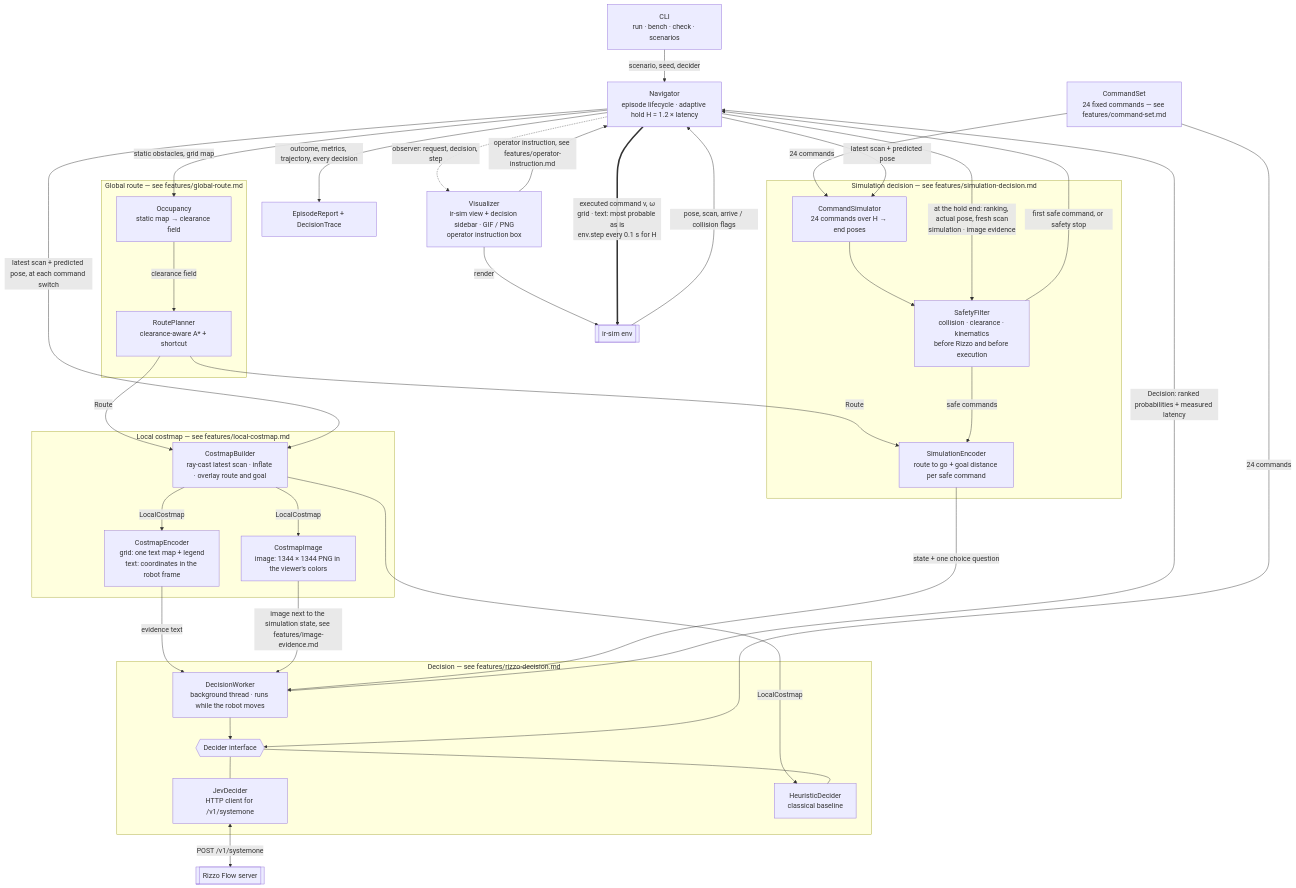
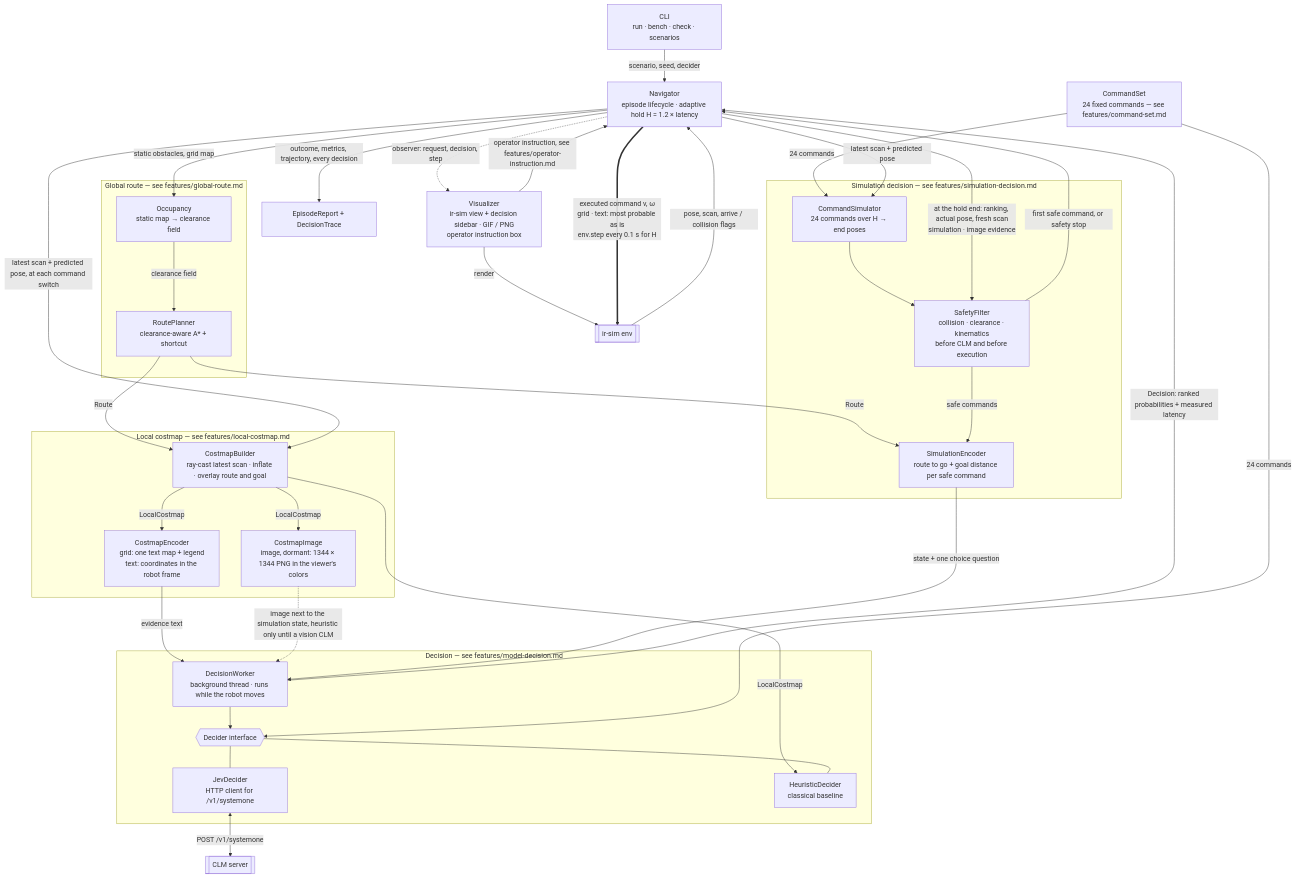
Before and after one commit to RoboticsNetworkTrieste/JevNav: the third of 4 diagrams in .specs/architecture.md, drawn with Mermaid. The commit also changed other lines of this file and 20 other files, not shown here.

Commit message:
change of the model to CLM

````diff
--- a/.specs/architecture.md
+++ b/.specs/architecture.md
@@ -70,67 +78,67 @@
 ```mermaid
 flowchart TB
     cli["CLI<br/>run · bench · check · scenarios"]
     viz["Visualizer<br/>ir-sim view + decision sidebar · GIF / PNG<br/>operator instruction box"]
     nav["Navigator<br/>episode lifecycle · adaptive hold H = 1.2 × latency"]
 
     subgraph route["Global route — see features/global-route.md"]
         occ["Occupancy<br/>static map → clearance field"]
         plan["RoutePlanner<br/>clearance-aware A* + shortcut"]
     end
 
     subgraph local["Local costmap — see features/local-costmap.md"]
         build["CostmapBuilder<br/>ray-cast latest scan · inflate · overlay route and goal"]
         enc["CostmapEncoder<br/>grid: one text map + legend<br/>text: coordinates in the robot frame"]
-        img["CostmapImage<br/>image: 1344 × 1344 PNG in the viewer's colors"]
+        img["CostmapImage<br/>image, dormant: 1344 × 1344 PNG in the viewer's colors"]
     end
 
     subgraph simulation["Simulation decision — see features/simulation-decision.md"]
         sim["CommandSimulator<br/>24 commands over H → end poses"]
-        safe["SafetyFilter<br/>collision · clearance · kinematics<br/>before Rizzo and before execution"]
+        safe["SafetyFilter<br/>collision · clearance · kinematics<br/>before CLM and before execution"]
         senc["SimulationEncoder<br/>route to go + goal distance per safe command"]
     end
 
     cmds["CommandSet<br/>24 fixed commands — see features/command-set.md"]
 
-    subgraph decide["Decision — see features/rizzo-decision.md"]
+    subgraph decide["Decision — see features/model-decision.md"]
         worker["DecisionWorker<br/>background thread · runs while the robot moves"]
         dec{{"Decider interface"}}
         jd["JevDecider<br/>HTTP client for /v1/systemone"]
         hd["HeuristicDecider<br/>classical baseline"]
     end
 
     rep["EpisodeReport + DecisionTrace"]
     irsim[["ir-sim env"]]
-    rizzo[["Rizzo Flow server"]]
+    clm[["CLM server"]]
 
     cli -->|"scenario, seed, decider"| nav
     nav -.->|"observer: request, decision, step"| viz
     viz -->|"operator instruction, see features/operator-instruction.md"| nav
     viz -->|"render"| irsim
     irsim -->|"pose, scan, arrive / collision flags"| nav
     nav -->|"static obstacles, grid map"| occ
     occ -->|"clearance field"| plan
     plan -->|"Route"| build
     nav -->|"latest scan + predicted pose, at each command switch"| build
     build -->|"LocalCostmap"| enc
     enc -->|"evidence text"| worker
     build -->|"LocalCostmap"| img
-    img -->|"image next to the simulation state, see features/image-evidence.md"| worker
+    img -.->|"image next to the simulation state, heuristic only until a vision CLM"| worker
     cmds -->|"24 commands"| sim
     nav -->|"latest scan + predicted pose"| sim
     sim --> safe
     plan -->|"Route"| senc
     safe -->|"safe commands"| senc
     senc -->|"state + one choice question"| worker
     worker --> dec
     build -->|"LocalCostmap"| hd
     cmds -->|"24 commands"| dec
     dec --- jd
     dec --- hd
-    jd <-->|"POST /v1/systemone"| rizzo
+    jd <-->|"POST /v1/systemone"| clm
     worker -->|"Decision: ranked probabilities + measured latency"| nav
     nav -->|"at the hold end: ranking, actual pose, fresh scan<br/>simulation · image evidence"| safe
     safe -->|"first safe command, or safety stop"| nav
     nav ==>|"executed command v, ω<br/>grid · text: most probable as is<br/>env.step every 0.1 s for H"| irsim
     nav -->|"outcome, metrics, trajectory, every decision"| rep
 ```
````
